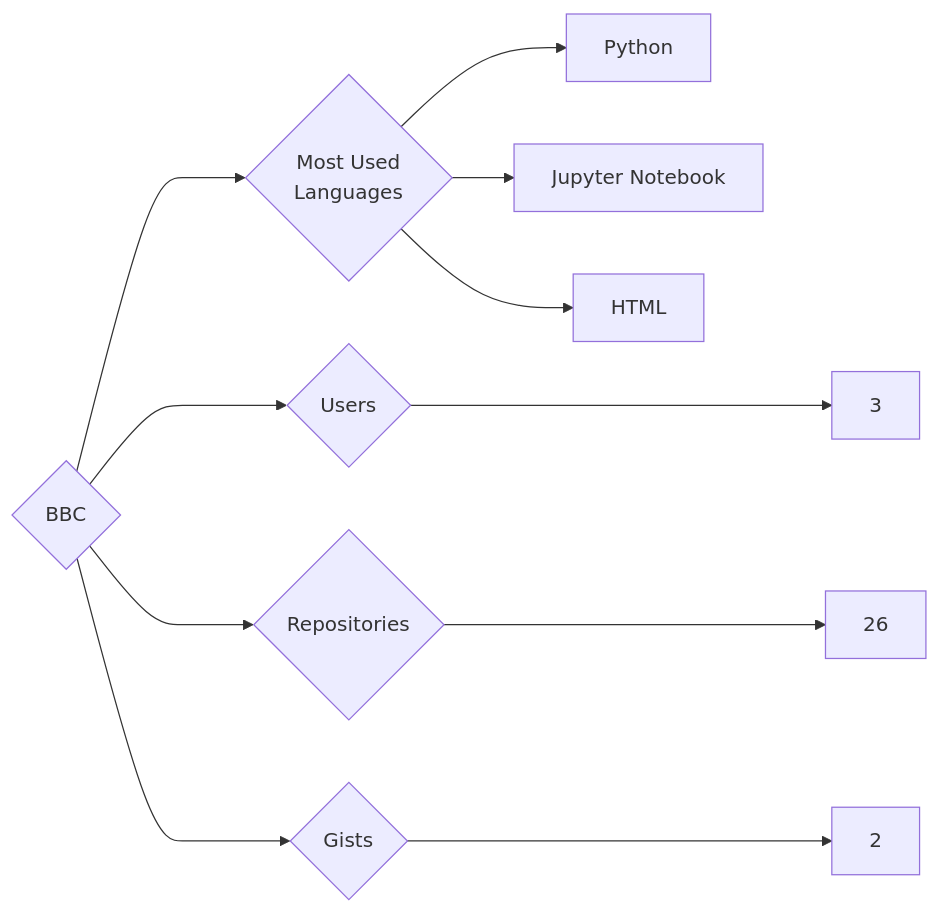
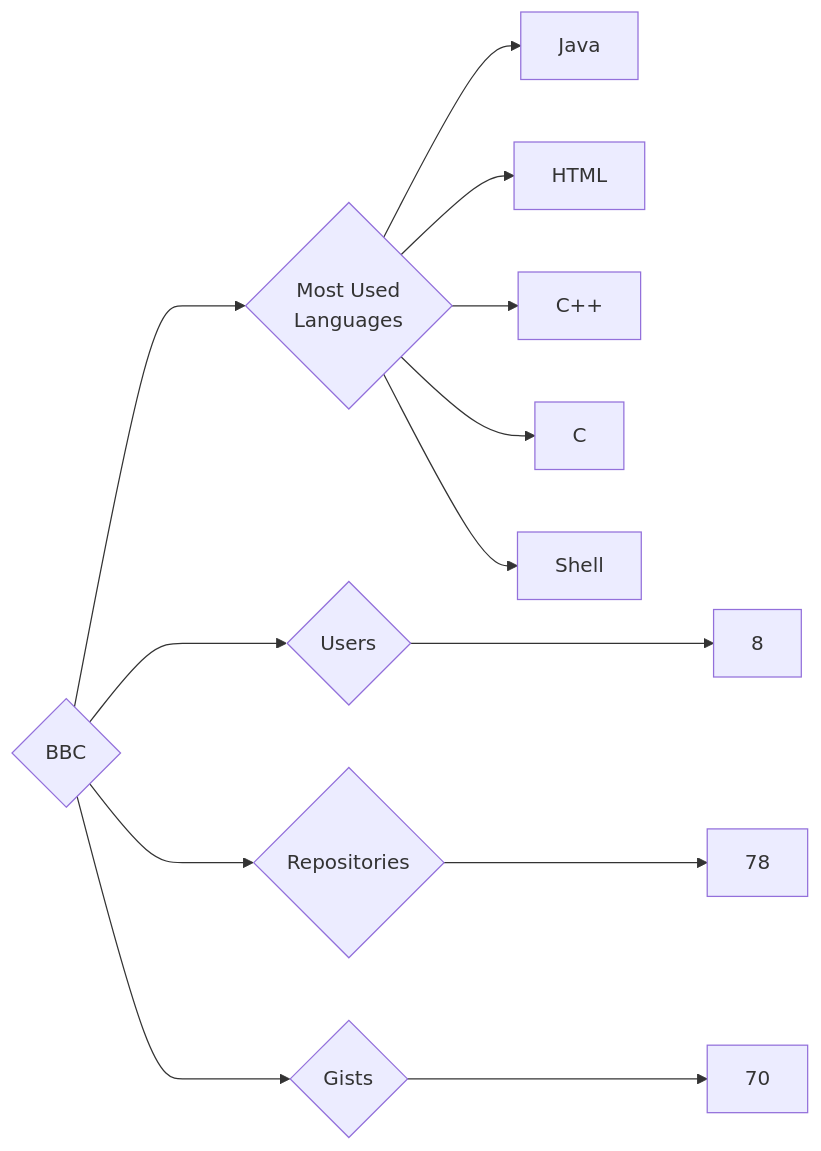
The diagram in targets/BBC/README.md (trickest/insiders), drawn with Mermaid before and after one commit. The commit also changed 1078 other files, not shown here.

````diff
--- a/targets/BBC/README.md
+++ b/targets/BBC/README.md
@@ -3,11 +3,13 @@
 ```mermaid
 graph LR
 COMPANY_NAME{BBC}
-COMPANY_NAME ---> U{Users} ---> UN[3]
-COMPANY_NAME ---> R{Repositories} ---> RN[26]
-COMPANY_NAME ---> G{Gists} ---> GN[2]
+COMPANY_NAME ---> U{Users} ---> UN[8]
+COMPANY_NAME ---> R{Repositories} ---> RN[78]
+COMPANY_NAME ---> G{Gists} ---> GN[70]
 COMPANY_NAME ---> ML{Most Used<br>Languages}
-ML --> Python[Python]
-ML --> Jupyter_Notebook[Jupyter Notebook]
+ML --> Java[Java]
 ML --> HTML[HTML]
+ML --> C++[C++]
+ML --> C[C]
+ML --> Shell[Shell]
 ```
````
